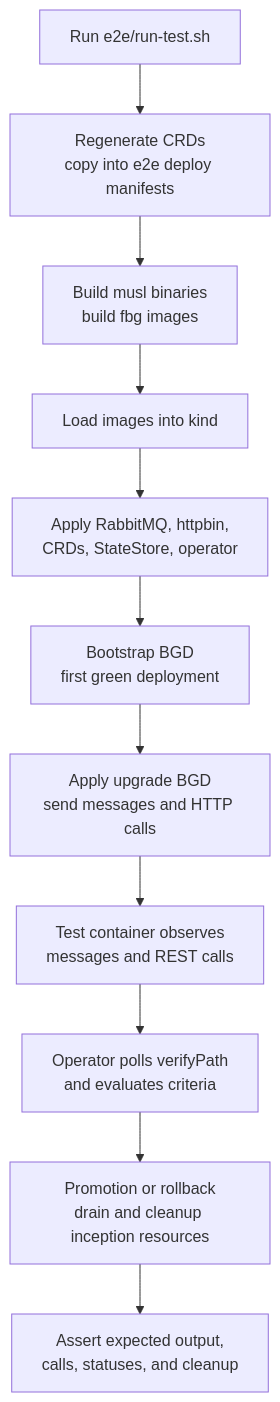
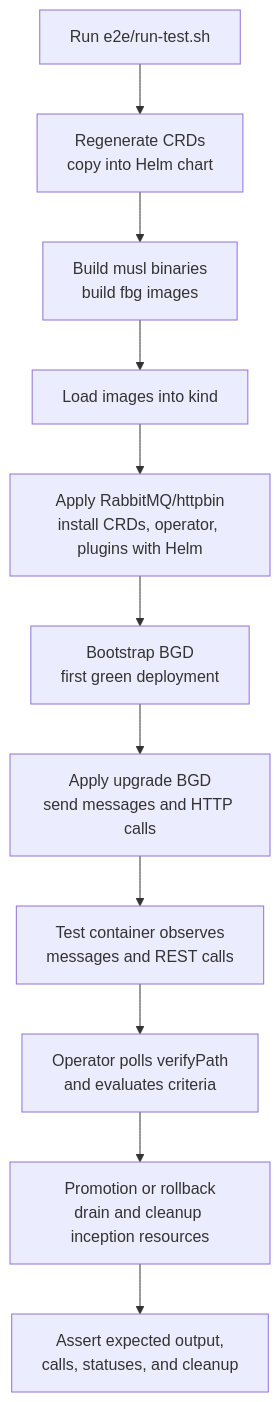
One commit to dlahmad/fluidbgoperator changed the first of 3 diagrams in docs/testing/e2e.md. Above: the diagram before and after it, drawn with Mermaid. The commit also changed other lines of this file and 46 other files, not shown here.

Commit message:
Simplify Helm-owned operator installation

````diff
--- a/docs/testing/e2e.md
+++ b/docs/testing/e2e.md
@@ -13,16 +13,16 @@
 ```mermaid
 flowchart TD
     START["Run e2e/run-test.sh"]
-    CRD["Regenerate CRDs<br/>copy into e2e deploy manifests"]
+    CRD["Regenerate CRDs<br/>copy into Helm chart"]
     IMG["Build musl binaries<br/>build fbg images"]
     LOAD["Load images into kind"]
-    INFRA["Apply RabbitMQ, httpbin,<br/>CRDs, StateStore, operator"]
+    INFRA["Apply RabbitMQ/httpbin<br/>install CRDs, operator, plugins with Helm"]
     BOOT["Bootstrap BGD<br/>first green deployment"]
     PASS["Apply upgrade BGD<br/>send messages and HTTP calls"]
     VERIFY["Test container observes<br/>messages and REST calls"]
     DECIDE["Operator polls verifyPath<br/>and evaluates criteria"]
     CLEAN["Promotion or rollback<br/>drain and cleanup inception resources"]
     CHECK["Assert expected output,<br/>calls, statuses, and cleanup"]
 
     START --> CRD --> IMG --> LOAD --> INFRA --> BOOT --> PASS --> VERIFY --> DECIDE --> CLEAN --> CHECK
 ```
````
